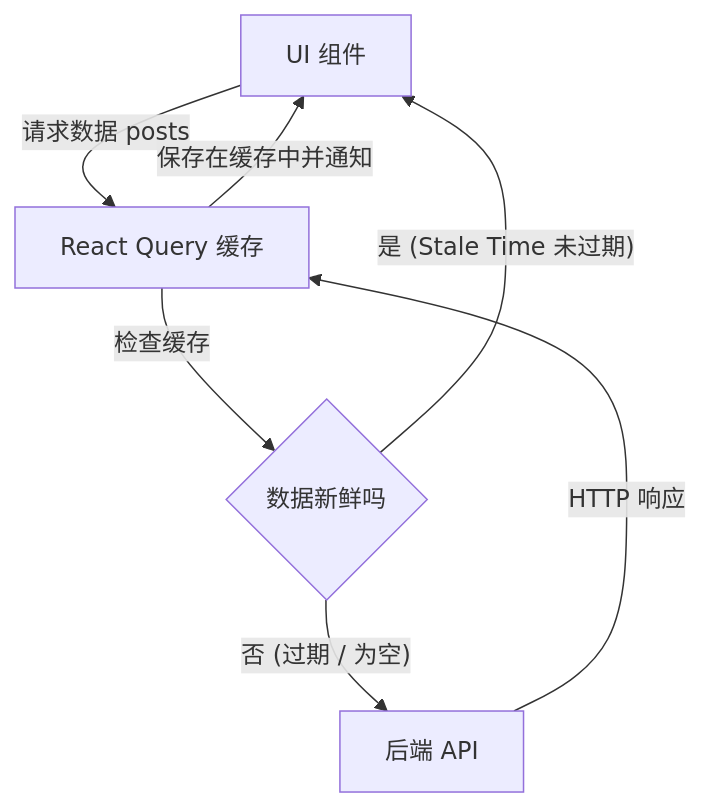
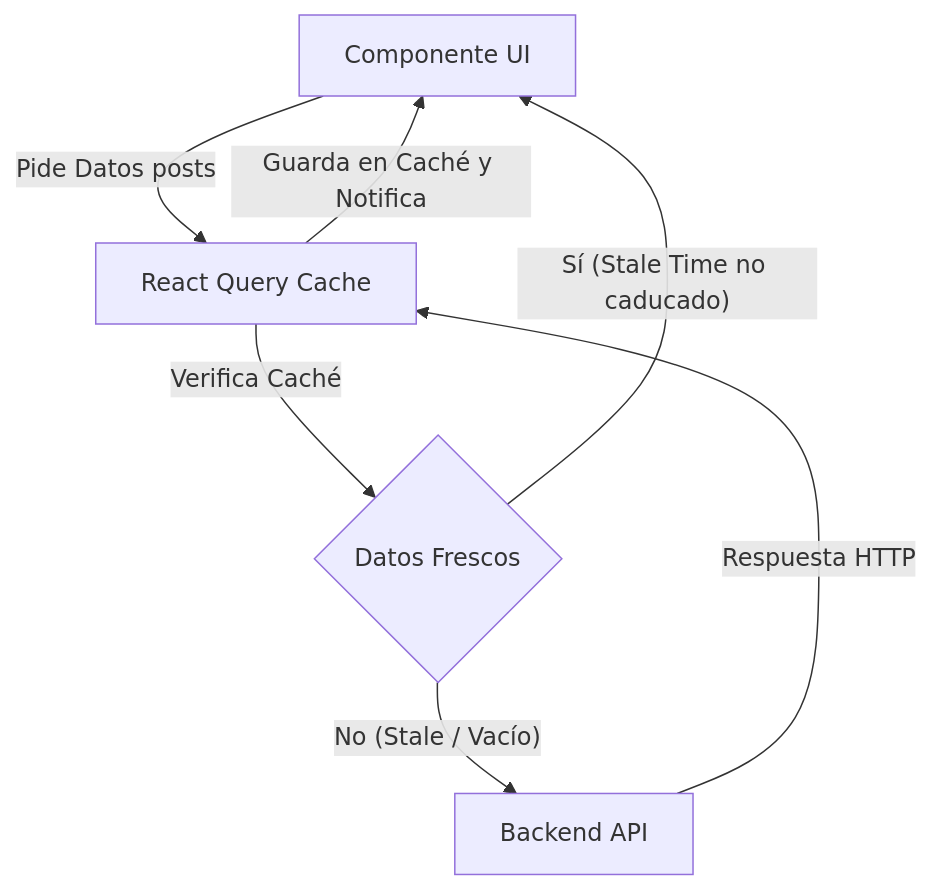
Before and after one commit to gjpierp/nmergeia: the first of 2 diagrams in public/docs/zh/ext_react_experto.md, drawn with Mermaid. The commit also changed other lines of this file and 518 other files, not shown here.

````diff
--- a/public/docs/zh/ext_react_experto.md
+++ b/public/docs/zh/ext_react_experto.md
@@ -11,11 +11,11 @@
 ```mermaid
 graph TD
-    React[UI 组件] -->|请求数据 posts| QueryClient[React Query 缓存]
-    QueryClient -->|检查缓存| CacheHit{数据新鲜吗}
+    React[Componente UI] -->|Pide Datos posts| QueryClient[React Query Cache]
+    QueryClient -->|Verifica Caché| CacheHit{Datos Frescos}
     
-    CacheHit -->|"是 (Stale Time 未过期)"| React
-    CacheHit -->|"否 (过期 / 为空)"| API[后端 API]
+    CacheHit -->|"Sí (Stale Time no caducado)"| React
+    CacheHit -->|"No (Stale / Vacío)"| API[Backend API]
     
-    API -->|HTTP 响应| QueryClient
-    QueryClient -->|保存在缓存中并通知| React
+    API -->|Respuesta HTTP| QueryClient
+    QueryClient -->|Guarda en Caché y Notifica| React
 ```
````
